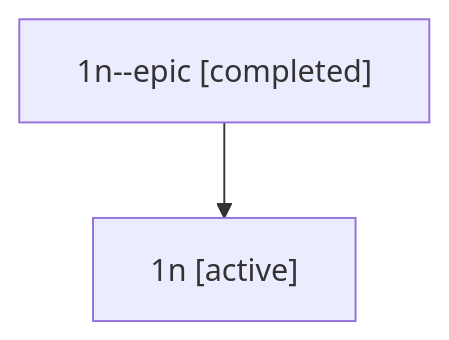
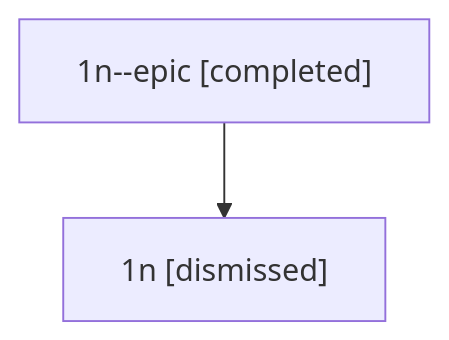
The diagram in sessions/bbugyi200.athena.1n.md (sase-org/sase--agents), drawn with Mermaid before and after one commit. The commit also changed other lines of this file and 24 other files, not shown here.

````diff
--- a/sessions/bbugyi200.athena.1n.md
+++ b/sessions/bbugyi200.athena.1n.md
@@ -9,6 +9,6 @@
 ```mermaid
 flowchart TD
   n0["1n--epic [completed]"]
-  n1["1n [active]"]
+  n1["1n [dismissed]"]
   n0 --> n1
 ```
````
